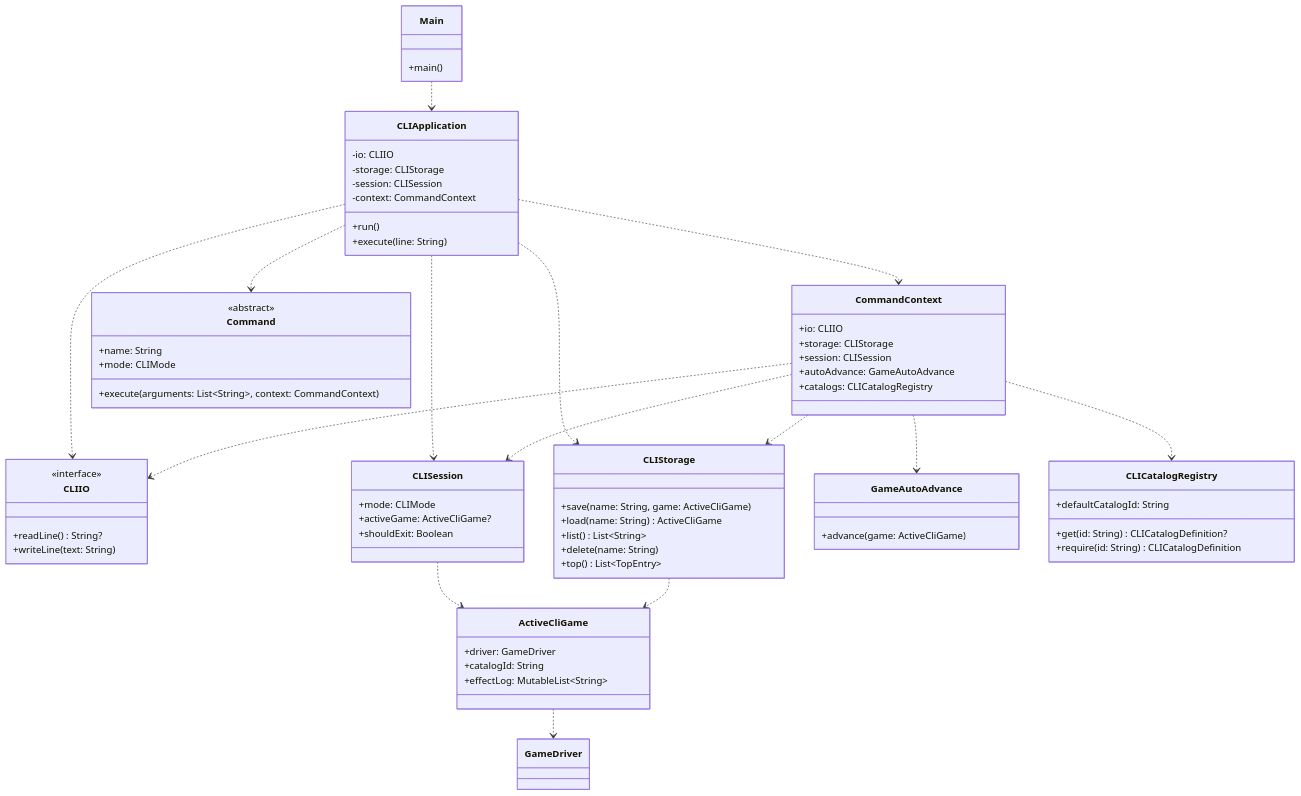
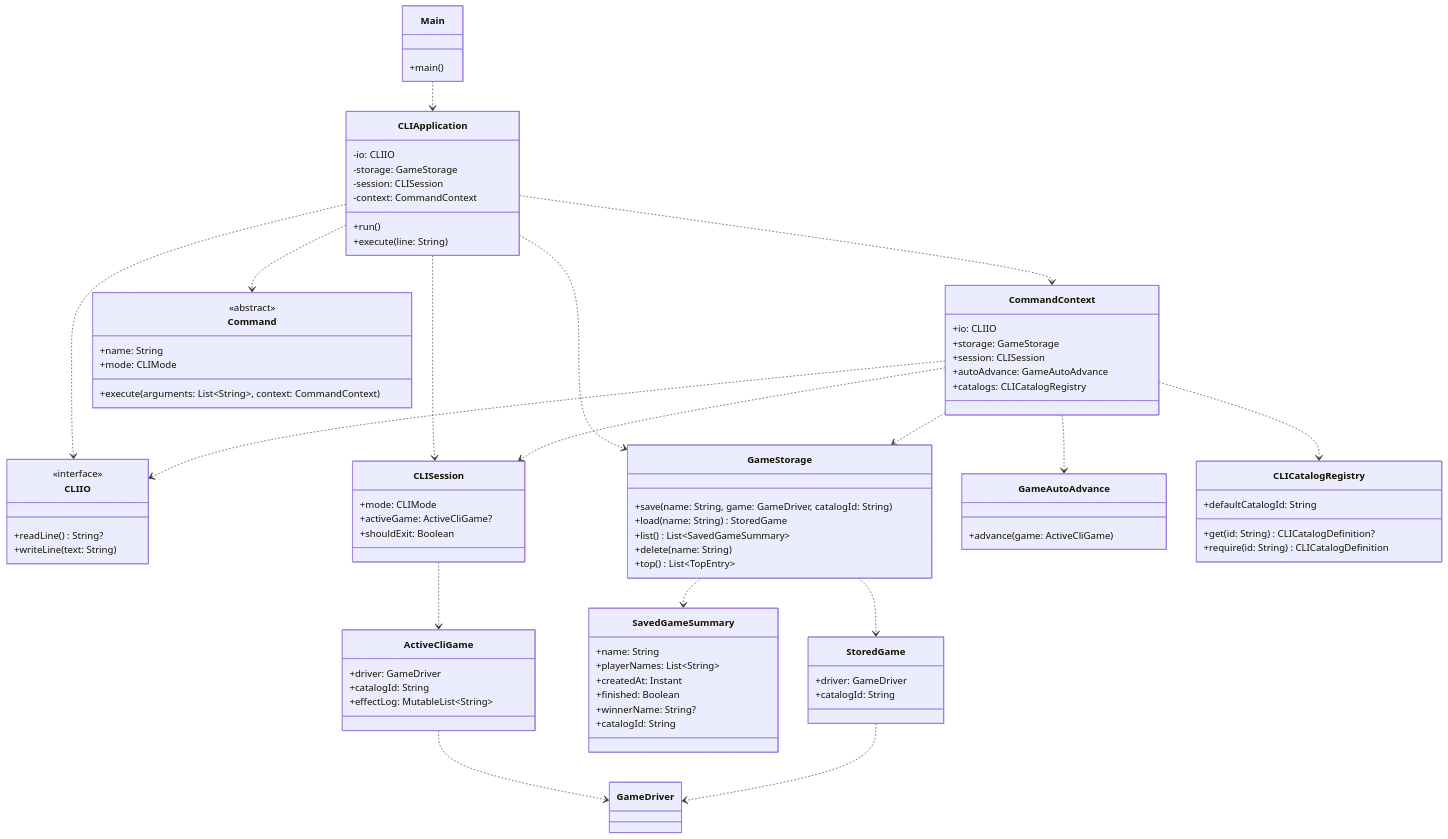
Before and after one commit to kislball/machi-koro-case: the diagram in docs/CLI.md, drawn with Mermaid. The commit also changed other lines of this file and 19 other files, not shown here.

````diff
--- a/docs/CLI.md
+++ b/docs/CLI.md
@@ -14,7 +14,7 @@
 
     class CLIApplication {
         -io: CLIIO
-        -storage: CLIStorage
+        -storage: GameStorage
         -session: CLISession
         -context: CommandContext
         +run()
@@ -27,12 +27,26 @@
         +writeLine(text: String)
     }
 
-    class CLIStorage {
-        +save(name: String, game: ActiveCliGame)
-        +load(name: String) ActiveCliGame
-        +list() List~String~
+    class GameStorage {
+        +save(name: String, game: GameDriver, catalogId: String)
+        +load(name: String) StoredGame
+        +list() List~SavedGameSummary~
         +delete(name: String)
         +top() List~TopEntry~
+    }
+
+    class StoredGame {
+        +driver: GameDriver
+        +catalogId: String
+    }
+
+    class SavedGameSummary {
+        +name: String
+        +playerNames: List~String~
+        +createdAt: Instant
+        +finished: Boolean
+        +winnerName: String?
+        +catalogId: String
     }
 
     class CLISession {
@@ -49,7 +63,7 @@
 
     class CommandContext {
         +io: CLIIO
-        +storage: CLIStorage
+        +storage: GameStorage
         +session: CLISession
         +autoAdvance: GameAutoAdvance
         +catalogs: CLICatalogRegistry
@@ -76,16 +90,18 @@
 
     Main ..> CLIApplication
     CLIApplication ..> CLIIO
-    CLIApplication ..> CLIStorage
+    CLIApplication ..> GameStorage
     CLIApplication ..> CLISession
     CLIApplication ..> CommandContext
     CLIApplication ..> Command
     CommandContext ..> CLIIO
-    CommandContext ..> CLIStorage
+    CommandContext ..> GameStorage
     CommandContext ..> CLISession
     CommandContext ..> GameAutoAdvance
     CommandContext ..> CLICatalogRegistry
     CLISession ..> ActiveCliGame
     ActiveCliGame ..> GameDriver
-    CLIStorage ..> ActiveCliGame
+    GameStorage ..> StoredGame
+    GameStorage ..> SavedGameSummary
+    StoredGame ..> GameDriver
 ```
````
